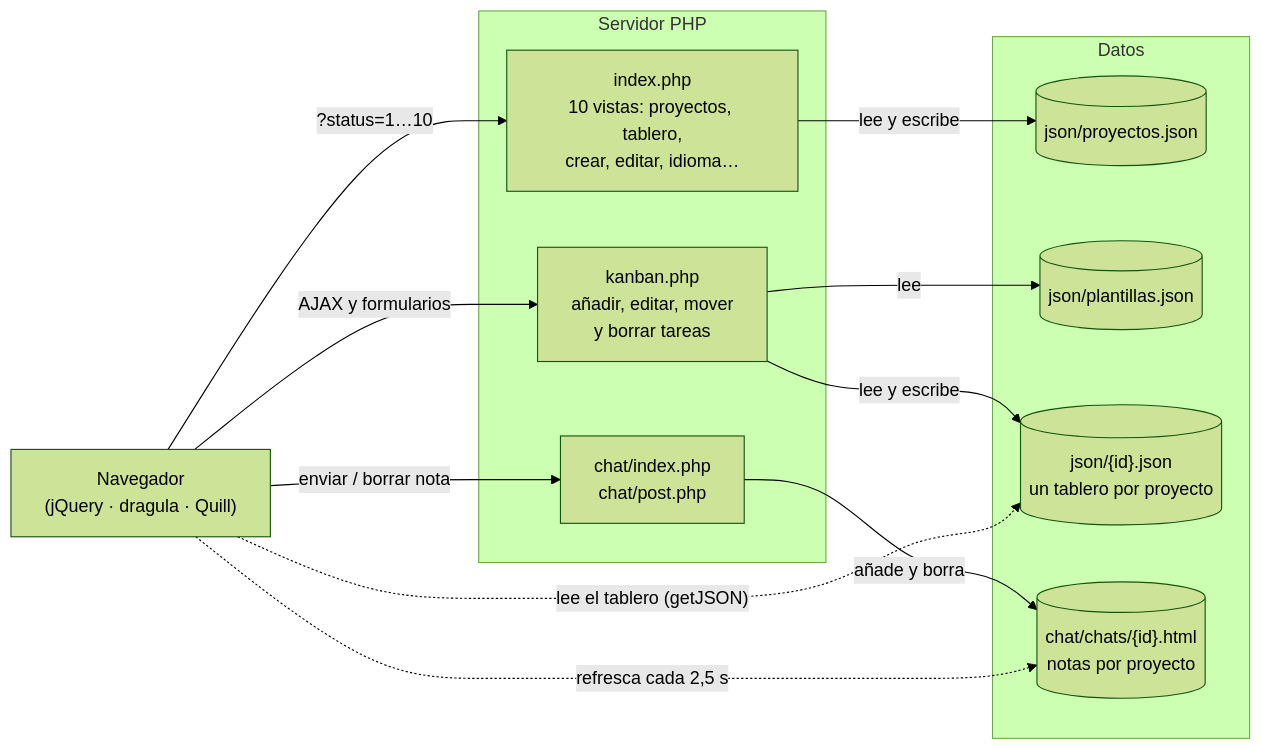
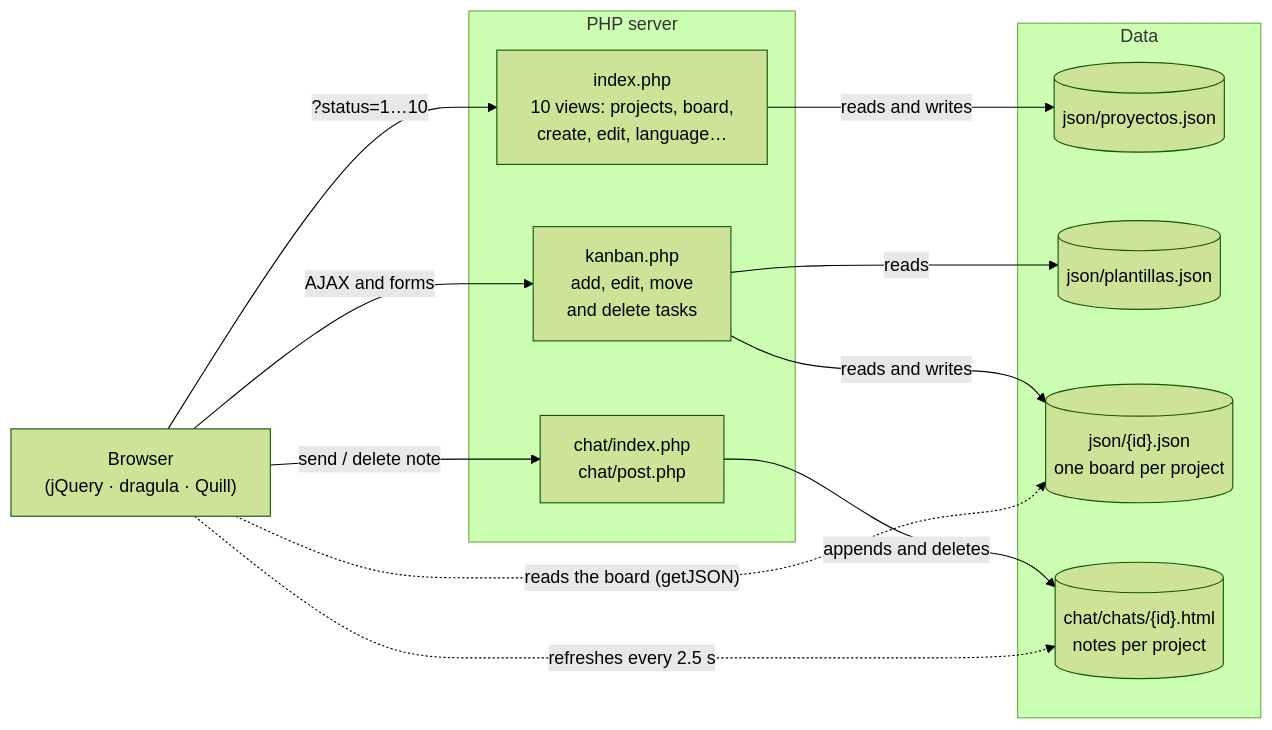
One commit to RafaelAMunozDev/kanban-proyectos changed the first of 2 diagrams in README.md. Above: the diagram before and after it, drawn with Mermaid (forest theme). The commit also changed other lines of this file and 1 other file, not shown here.

````diff
--- a/README.md
+++ b/README.md
@@ -111,27 +117,27 @@
 ```mermaid
 flowchart LR
-    N["Navegador<br/>(jQuery · dragula · Quill)"]
+    N["Browser<br/>(jQuery · dragula · Quill)"]
 
-    subgraph S["Servidor PHP"]
-        I["index.php<br/>10 vistas: proyectos, tablero,<br/>crear, editar, idioma…"]
-        K["kanban.php<br/>añadir, editar, mover<br/>y borrar tareas"]
+    subgraph S["PHP server"]
+        I["index.php<br/>10 views: projects, board,<br/>create, edit, language…"]
+        K["kanban.php<br/>add, edit, move<br/>and delete tasks"]
         C["chat/index.php<br/>chat/post.php"]
     end
 
-    subgraph D["Datos"]
+    subgraph D["Data"]
         P[("json/proyectos.json")]
         PL[("json/plantillas.json")]
-        T[("json/{id}.json<br/>un tablero por proyecto")]
-        H[("chat/chats/{id}.html<br/>notas por proyecto")]
+        T[("json/{id}.json<br/>one board per project")]
+        H[("chat/chats/{id}.html<br/>notes per project")]
     end
 
     N -- "?status=1…10" --> I
-    N -- "AJAX y formularios" --> K
-    N -- "enviar / borrar nota" --> C
-    I -- "lee y escribe" --> P
-    K -- "lee" --> PL
-    K -- "lee y escribe" --> T
-    C -- "añade y borra" --> H
-    N -. "lee el tablero (getJSON)" .-> T
-    N -. "refresca cada 2,5 s" .-> H
+    N -- "AJAX and forms" --> K
+    N -- "send / delete note" --> C
+    I -- "reads and writes" --> P
+    K -- "reads" --> PL
+    K -- "reads and writes" --> T
+    C -- "appends and deletes" --> H
+    N -. "reads the board (getJSON)" .-> T
+    N -. "refreshes every 2.5 s" .-> H
 ```
````
